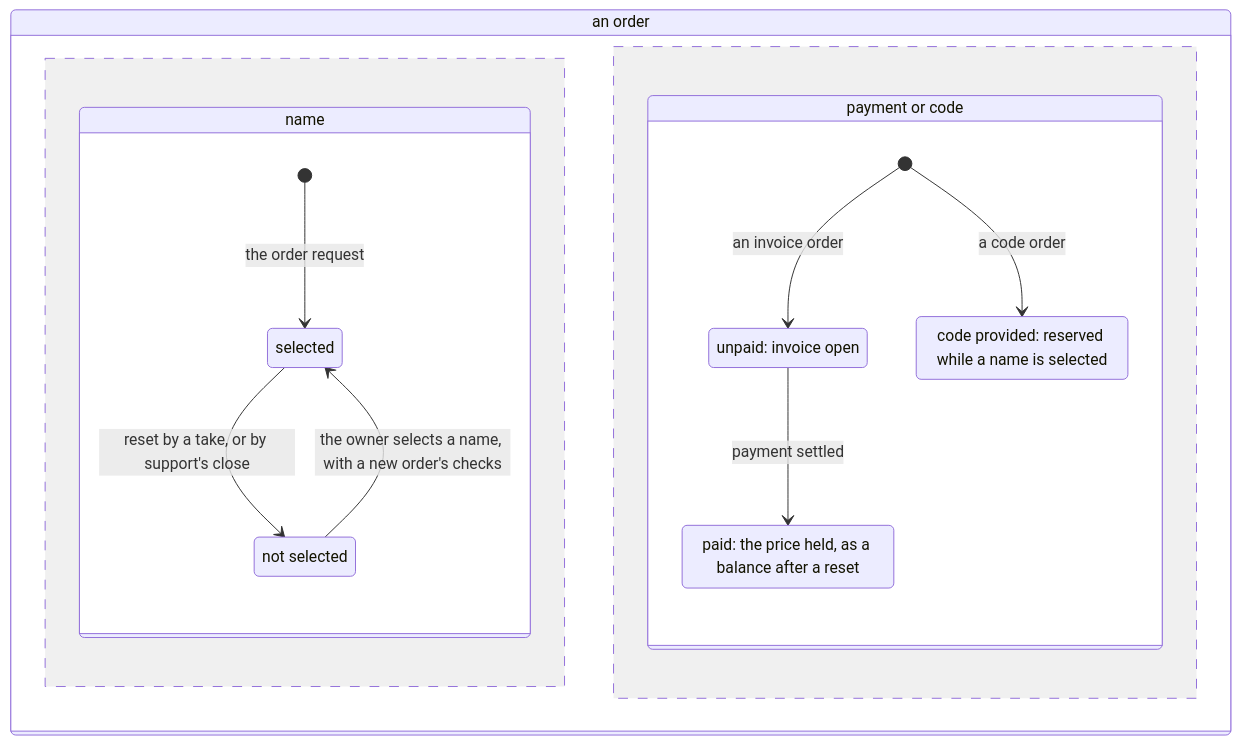
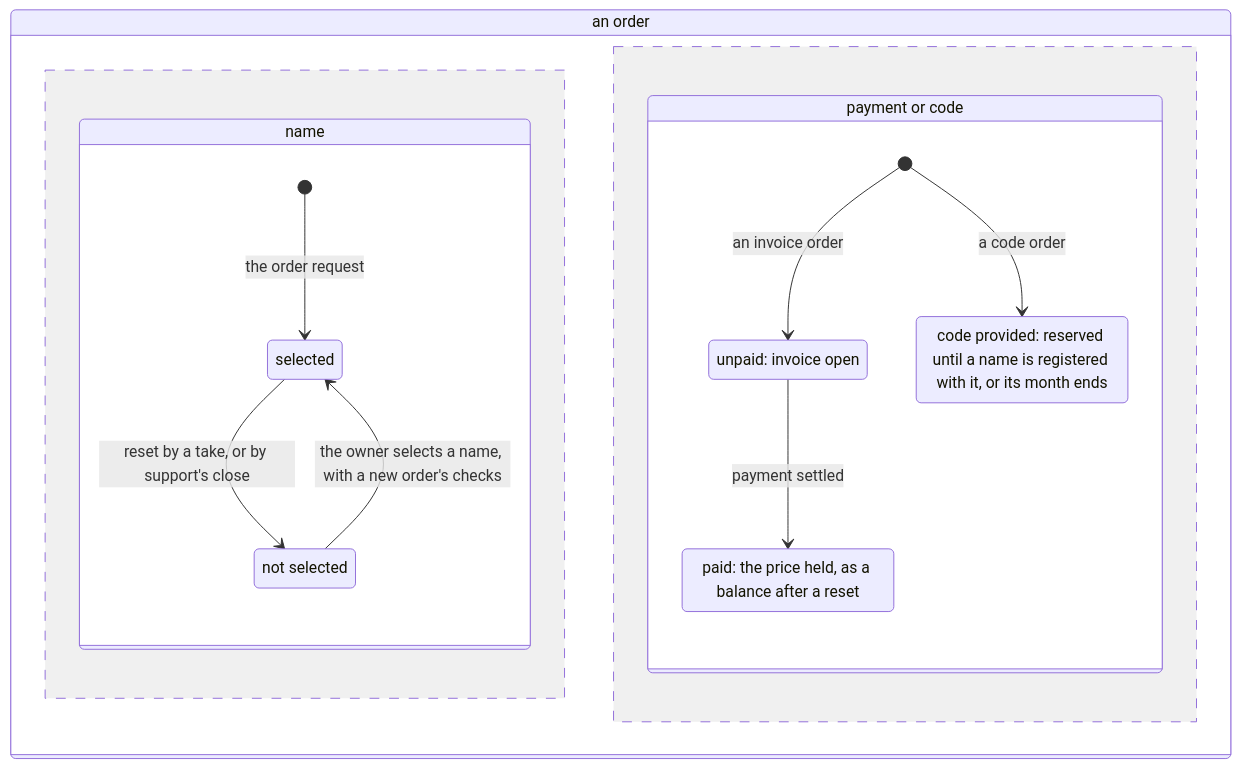
Before and after one commit to simplex-chat/simplex-chat: the first of 2 diagrams in plans/2026-11-18-names-order-rules.md, drawn with Mermaid. The commit also changed other lines of this file and 11 other files, not shown here.

Commit message:
names: a taken code order keeps its code, accepted past its expiry

````diff
--- a/plans/2026-11-18-names-order-rules.md
+++ b/plans/2026-11-18-names-order-rules.md
@@ -23,21 +23,21 @@
 ```mermaid
 stateDiagram-v2
   state "an order" as order {
     state "name" as name {
       state "selected" as selected
       state "not selected" as notSelected
       [*] --> selected: the order request
       selected --> notSelected: reset by a take, or by support's close
       notSelected --> selected: the owner selects a name, with a new order's checks
     }
     --
     state "payment or code" as pay {
       state "unpaid: invoice open" as unpaidPart
       state "paid: the price held, as a balance after a reset" as paidPart
-      state "code provided: reserved while a name is selected" as codePart
+      state "code provided: reserved until a name is registered with it, or its month ends" as codePart
       [*] --> unpaidPart: an invoice order
       [*] --> codePart: a code order
       unpaidPart --> paidPart: payment settled
     }
   }
 ```
````
